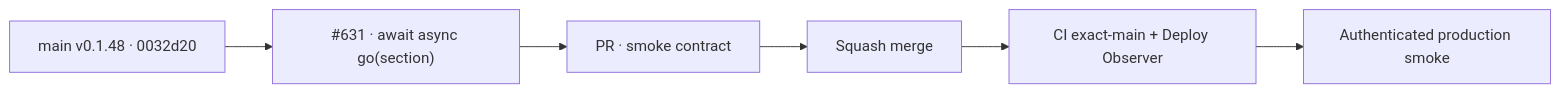
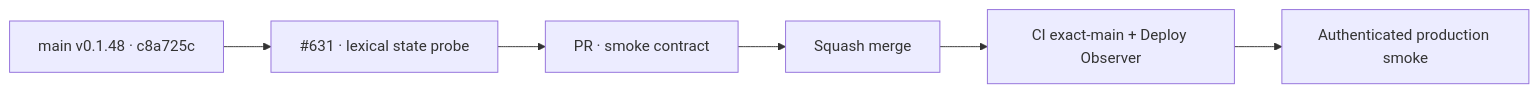
Before and after one commit to pl0n3r/brvtal: the diagram in README.md, drawn with Mermaid. The commit also changed other lines of this file and 2 other files, not shown here.

First line of the commit message:
test(production): observe lexical Admin state (#641)

````diff
--- a/README.md
+++ b/README.md
@@ -50,6 +50,6 @@
 ```mermaid
 flowchart LR
- B["main v0.1.48 · 0032d20"] --> F["#631 · await async go(section)"]
+ B["main v0.1.48 · c8a725c"] --> F["#631 · lexical state probe"]
  F --> P["PR · smoke contract"] --> M["Squash merge"]
  M --> C["CI exact-main + Deploy Observer"] --> S["Authenticated production smoke"]
 ```
````
